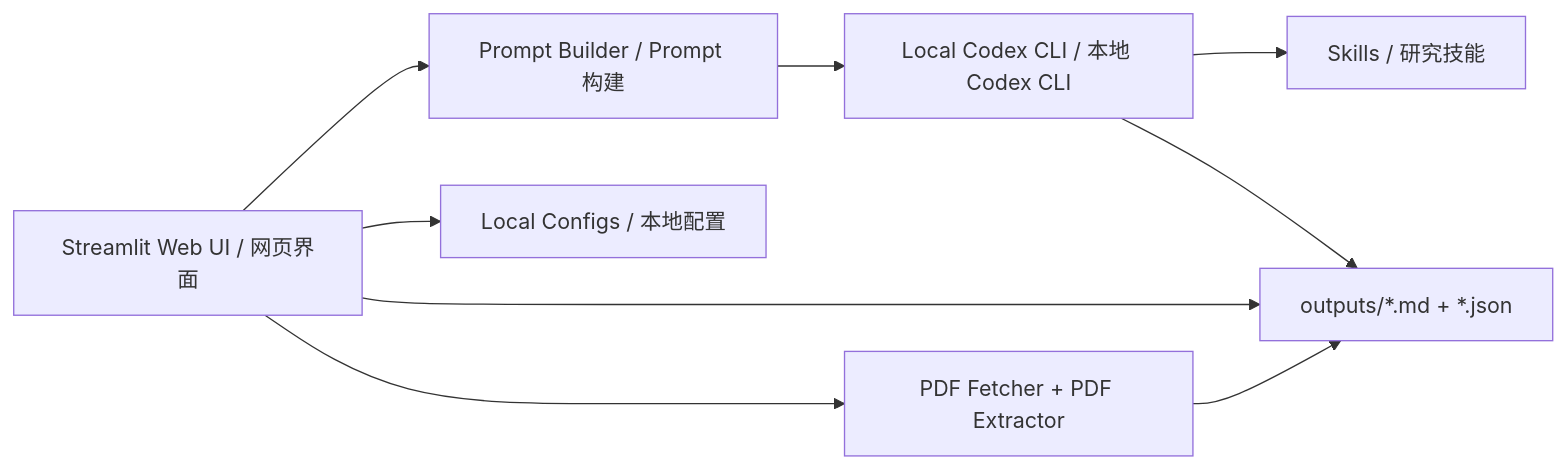
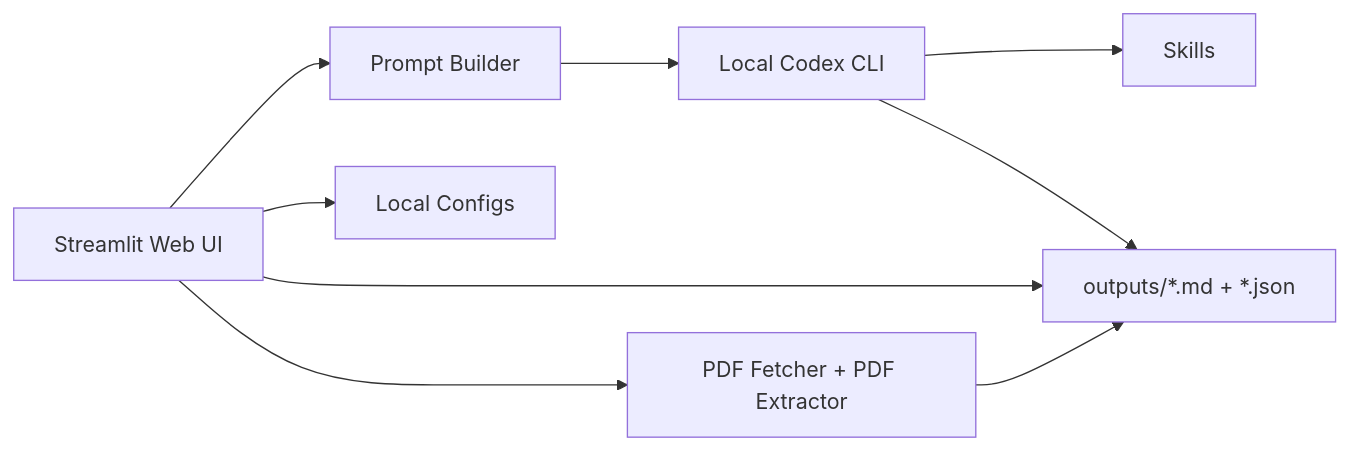
The first of 2 diagrams in README.md (AndyWu0719/research-assistant), drawn with Mermaid before and after one commit. The commit also changed other lines of this file, not shown here.

````diff
--- a/README.md
+++ b/README.md
@@ -52,11 +37,11 @@
 ```mermaid
 flowchart LR
-    A["Streamlit Web UI / 网页界面"] --> B["Prompt Builder / Prompt 构建"]
-    A --> C["Local Configs / 本地配置"]
-    B --> D["Local Codex CLI / 本地 Codex CLI"]
-    D --> E["Skills / 研究技能"]
+    A["Streamlit Web UI"] --> B["Prompt Builder"]
+    A --> C["Local Configs"]
+    B --> D["Local Codex CLI"]
+    D --> E["Skills"]
     D --> F["outputs/*.md + *.json"]
     A --> F
     A --> G["PDF Fetcher + PDF Extractor"]
     G --> F
 ```
````
